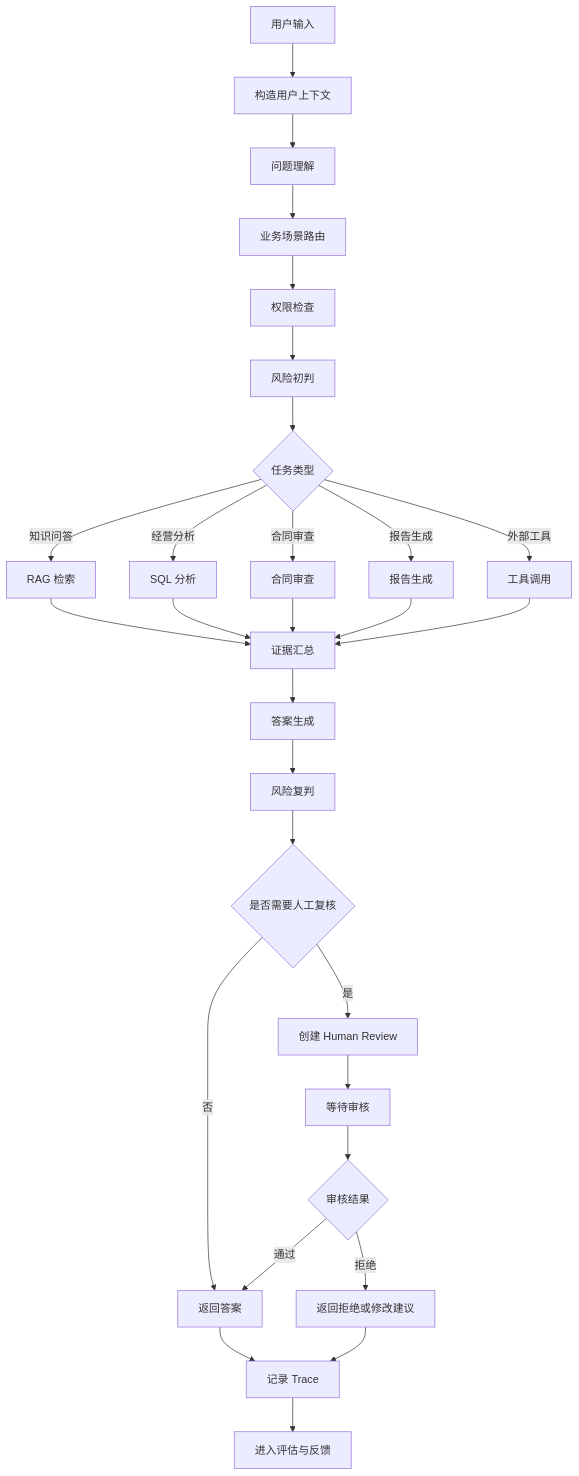
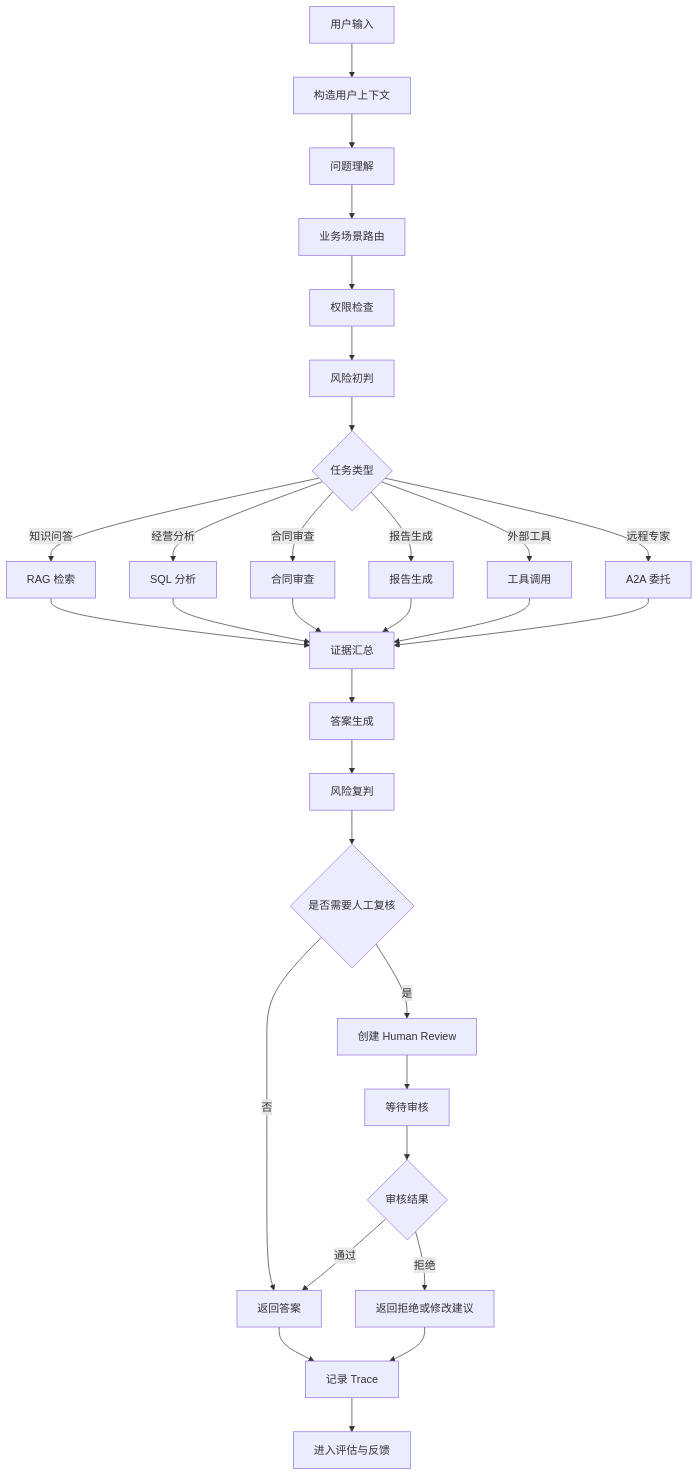
The second of 10 diagrams in docs/ARCHITECTURE.md (zhangzhijin1018/enterprise-knowledge-agentic-rag), drawn with Mermaid before and after one commit. The commit also changed other lines of this file and 4 other files, not shown here.

````diff
--- a/docs/ARCHITECTURE.md
+++ b/docs/ARCHITECTURE.md
@@ -337,37 +569,39 @@
 ```mermaid
 flowchart TD
     A[用户输入] --> B[构造用户上下文]
     B --> C[问题理解]
     C --> D[业务场景路由]
     D --> E[权限检查]
     E --> F[风险初判]
     F --> G{任务类型}
 
     G -->|知识问答| H[RAG 检索]
     G -->|经营分析| I[SQL 分析]
     G -->|合同审查| J[合同审查]
     G -->|报告生成| K[报告生成]
     G -->|外部工具| L[工具调用]
+    G -->|远程专家| M[A2A 委托]
 
-    H --> M[证据汇总]
-    I --> M
-    J --> M
-    K --> M
-    L --> M
+    H --> N[证据汇总]
+    I --> N
+    J --> N
+    K --> N
+    L --> N
+    M --> N
 
-    M --> N[答案生成]
-    N --> O[风险复判]
-    O --> P{是否需要人工复核}
+    N --> O[答案生成]
+    O --> P[风险复判]
+    P --> Q{是否需要人工复核}
 
-    P -->|是| Q[创建 Human Review]
-    P -->|否| R[返回答案]
+    Q -->|是| R[创建 Human Review]
+    Q -->|否| S[返回答案]
 
-    Q --> S[等待审核]
-    S --> T{审核结果}
-    T -->|通过| R
-    T -->|拒绝| U[返回拒绝或修改建议]
+    R --> T[等待审核]
+    T --> U{审核结果}
+    U -->|通过| S
+    U -->|拒绝| V[返回拒绝或修改建议]
 
-    R --> V[记录 Trace]
-    U --> V
-    V --> W[进入评估与反馈]
+    S --> W[记录 Trace]
+    V --> W
+    W --> X[进入评估与反馈]
 ```
````
